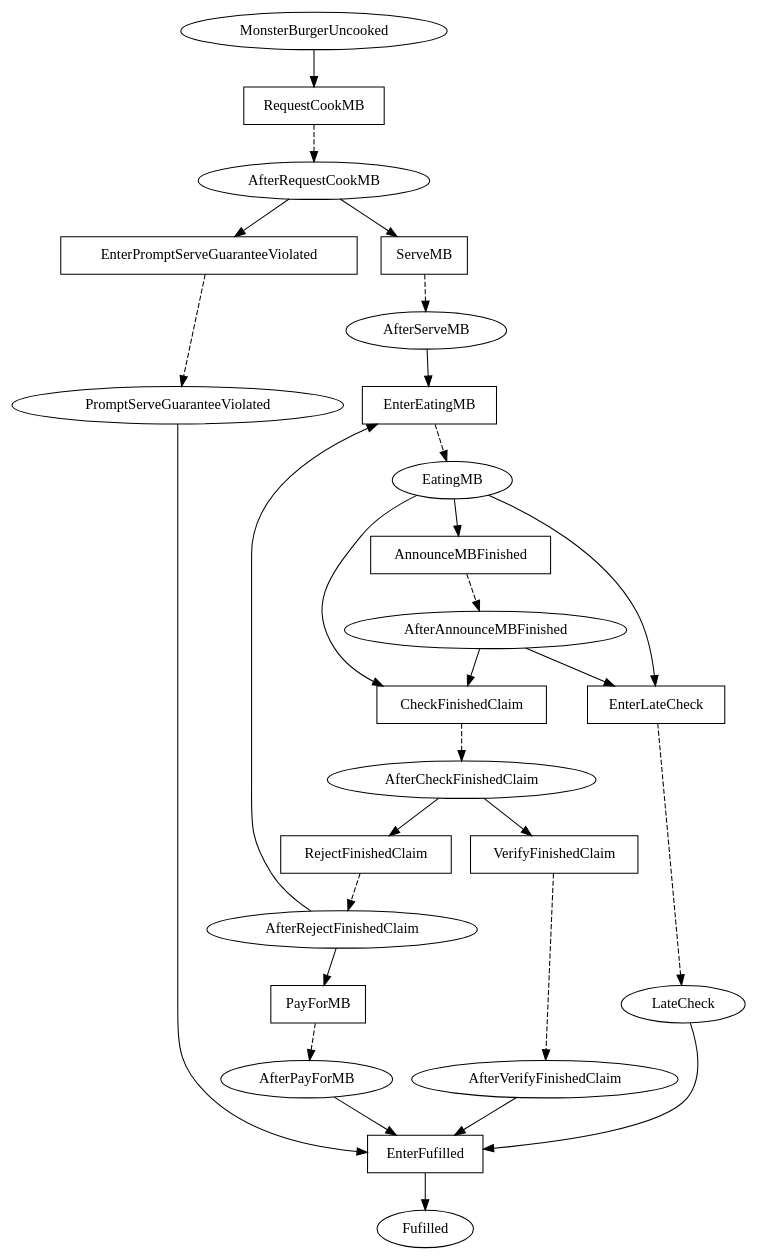
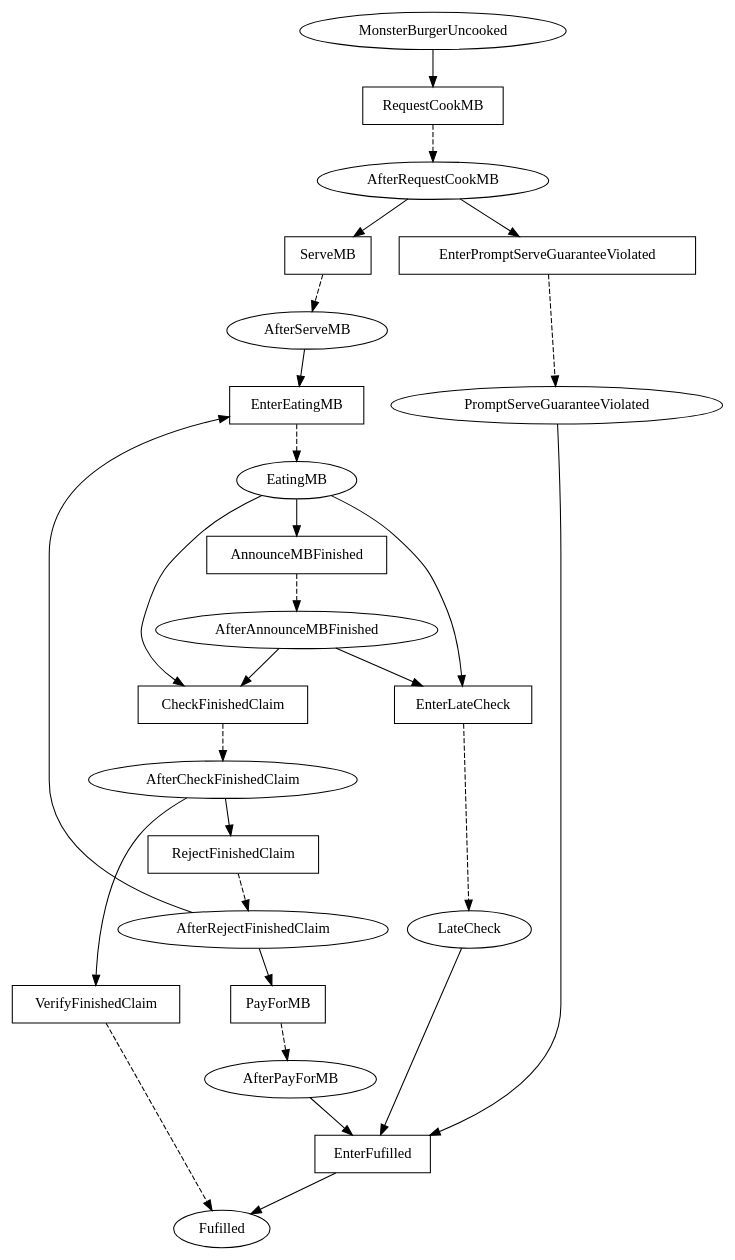
One commit to Marcao02/complaw-deeptech changed the diagram in linear_state_machine_language/pyL4/examples_graphviz_gen/monster_burger.dot. Above: the diagram before and after it, drawn with Graphviz. The commit also changed 5 other files, not shown here.

```diff
--- a/linear_state_machine_language/pyL4/examples_graphviz_gen/monster_burger.dot
+++ b/linear_state_machine_language/pyL4/examples_graphviz_gen/monster_burger.dot
@@ -1,60 +1,58 @@
 // THIS IS A GENERATED FILE. DO NOT EDIT.
 
 digraph Monster_Burger {    
     Fulfilled[label=Fufilled];
     MonsterBurgerUncooked[label=MonsterBurgerUncooked];
 	AfterRequestCookMB[label=AfterRequestCookMB];
 	AfterServeMB[label=AfterServeMB];
 	PromptServeGuaranteeViolated[label=PromptServeGuaranteeViolated];
 	EatingMB[label=EatingMB];
 	AfterAnnounceMBFinished[label=AfterAnnounceMBFinished];
 	LateCheck[label=LateCheck];
 	AfterCheckFinishedClaim[label=AfterCheckFinishedClaim];
 	AfterRejectFinishedClaim[label=AfterRejectFinishedClaim];
-	AfterPayForMB[label=AfterPayForMB];
-	AfterVerifyFinishedClaim[label=AfterVerifyFinishedClaim]
+	AfterPayForMB[label=AfterPayForMB]
     
     EnterFulfilled[label=EnterFufilled,shape=box];
     RequestCookMB[label=RequestCookMB,shape=box];
 	ServeMB[label=ServeMB,shape=box];
 	EnterPromptServeGuaranteeViolated[label=EnterPromptServeGuaranteeViolated,shape=box];
 	EnterEatingMB[label=EnterEatingMB,shape=box];
 	AnnounceMBFinished[label=AnnounceMBFinished,shape=box];
 	EnterLateCheck[label=EnterLateCheck,shape=box];
 	CheckFinishedClaim[label=CheckFinishedClaim,shape=box];
 	RejectFinishedClaim[label=RejectFinishedClaim,shape=box];
 	PayForMB[label=PayForMB,shape=box];
 	VerifyFinishedClaim[label=VerifyFinishedClaim,shape=box]    
     
     EnterFulfilled -> Fulfilled;
     
     MonsterBurgerUncooked -> RequestCookMB;
 	AfterRequestCookMB -> ServeMB;
 	AfterRequestCookMB -> EnterPromptServeGuaranteeViolated;
 	AfterServeMB -> EnterEatingMB;
 	PromptServeGuaranteeViolated -> EnterFulfilled;
 	EatingMB -> AnnounceMBFinished;
 	EatingMB -> CheckFinishedClaim;
 	EatingMB -> EnterLateCheck;
 	AfterAnnounceMBFinished -> CheckFinishedClaim;
 	AfterAnnounceMBFinished -> EnterLateCheck;
 	LateCheck -> EnterFulfilled;
 	AfterCheckFinishedClaim -> VerifyFinishedClaim;
 	AfterCheckFinishedClaim -> RejectFinishedClaim;
 	AfterRejectFinishedClaim -> EnterEatingMB;
 	AfterRejectFinishedClaim -> PayForMB;
-	AfterPayForMB -> EnterFulfilled;
-	AfterVerifyFinishedClaim -> EnterFulfilled
+	AfterPayForMB -> EnterFulfilled
     
     RequestCookMB -> AfterRequestCookMB [style=dashed];
 	ServeMB -> AfterServeMB [style=dashed];
 	EnterPromptServeGuaranteeViolated -> PromptServeGuaranteeViolated [style=dashed];
 	EnterEatingMB -> EatingMB [style=dashed];
 	AnnounceMBFinished -> AfterAnnounceMBFinished [style=dashed];
 	EnterLateCheck -> LateCheck [style=dashed];
 	CheckFinishedClaim -> AfterCheckFinishedClaim [style=dashed];
 	RejectFinishedClaim -> AfterRejectFinishedClaim [style=dashed];
 	PayForMB -> AfterPayForMB [style=dashed];
-	VerifyFinishedClaim -> AfterVerifyFinishedClaim [style=dashed];
+	VerifyFinishedClaim -> Fulfilled [style=dashed];
 	        
 }
```
